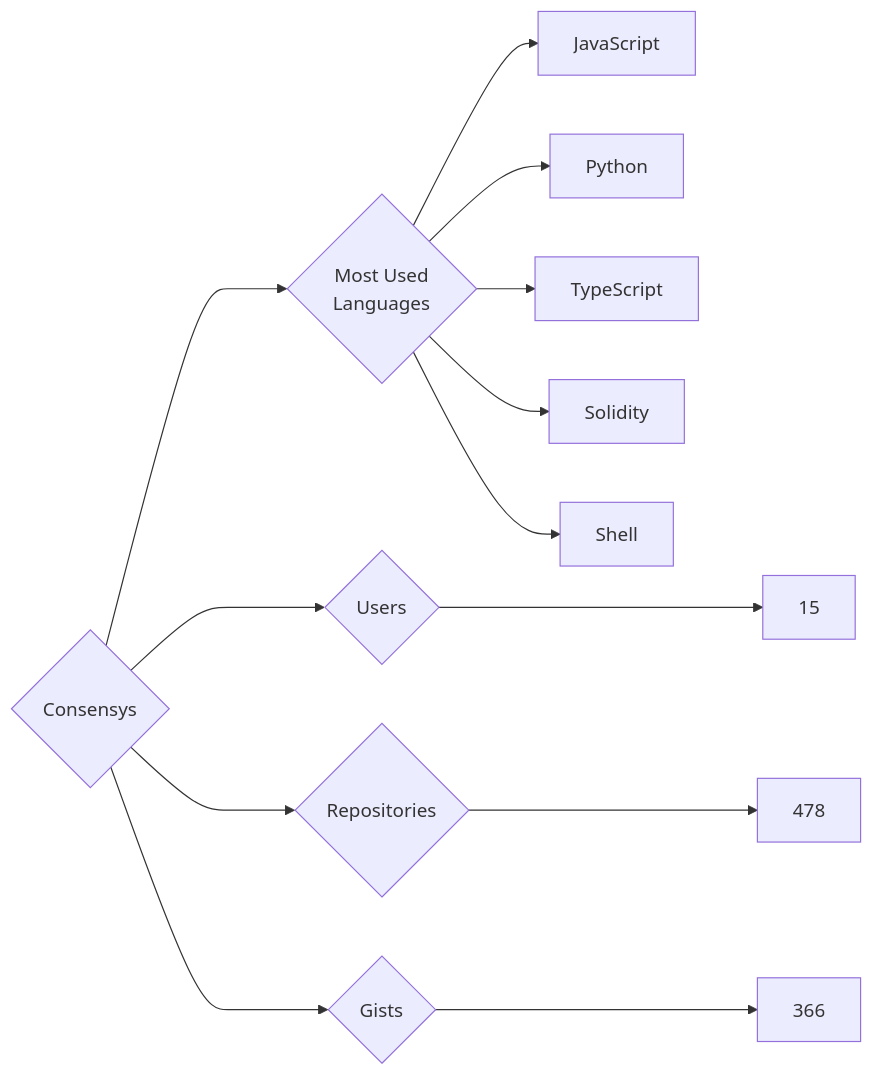
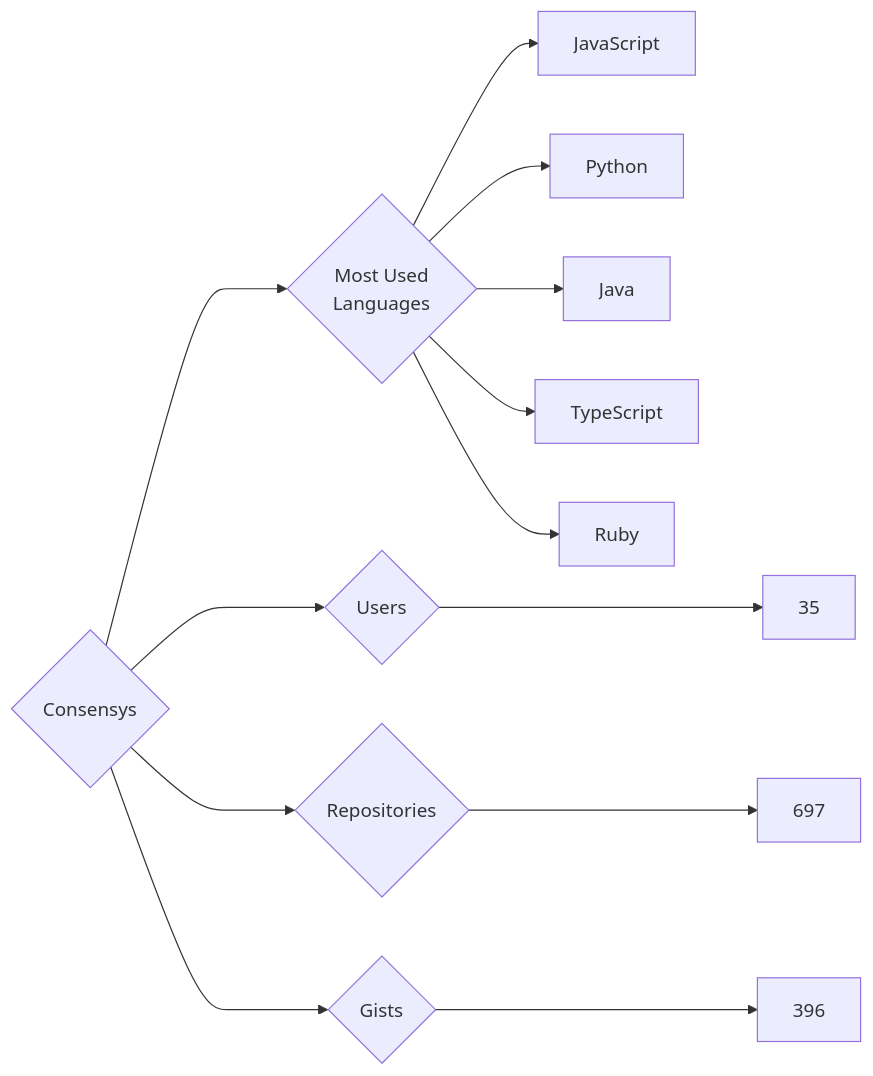
The diagram in targets/Consensys/README.md (trickest/insiders), drawn with Mermaid before and after one commit. The commit also changed 569 other files, not shown here.

````diff
--- a/targets/Consensys/README.md
+++ b/targets/Consensys/README.md
@@ -3,13 +3,13 @@
 ```mermaid
 graph LR
 COMPANY_NAME{Consensys}
-COMPANY_NAME ---> U{Users} ---> UN[15]
-COMPANY_NAME ---> R{Repositories} ---> RN[478]
-COMPANY_NAME ---> G{Gists} ---> GN[366]
+COMPANY_NAME ---> U{Users} ---> UN[35]
+COMPANY_NAME ---> R{Repositories} ---> RN[697]
+COMPANY_NAME ---> G{Gists} ---> GN[396]
 COMPANY_NAME ---> ML{Most Used<br>Languages}
 ML --> JavaScript[JavaScript]
 ML --> Python[Python]
+ML --> Java[Java]
 ML --> TypeScript[TypeScript]
-ML --> Solidity[Solidity]
-ML --> Shell[Shell]
+ML --> Ruby[Ruby]
 ```
````
